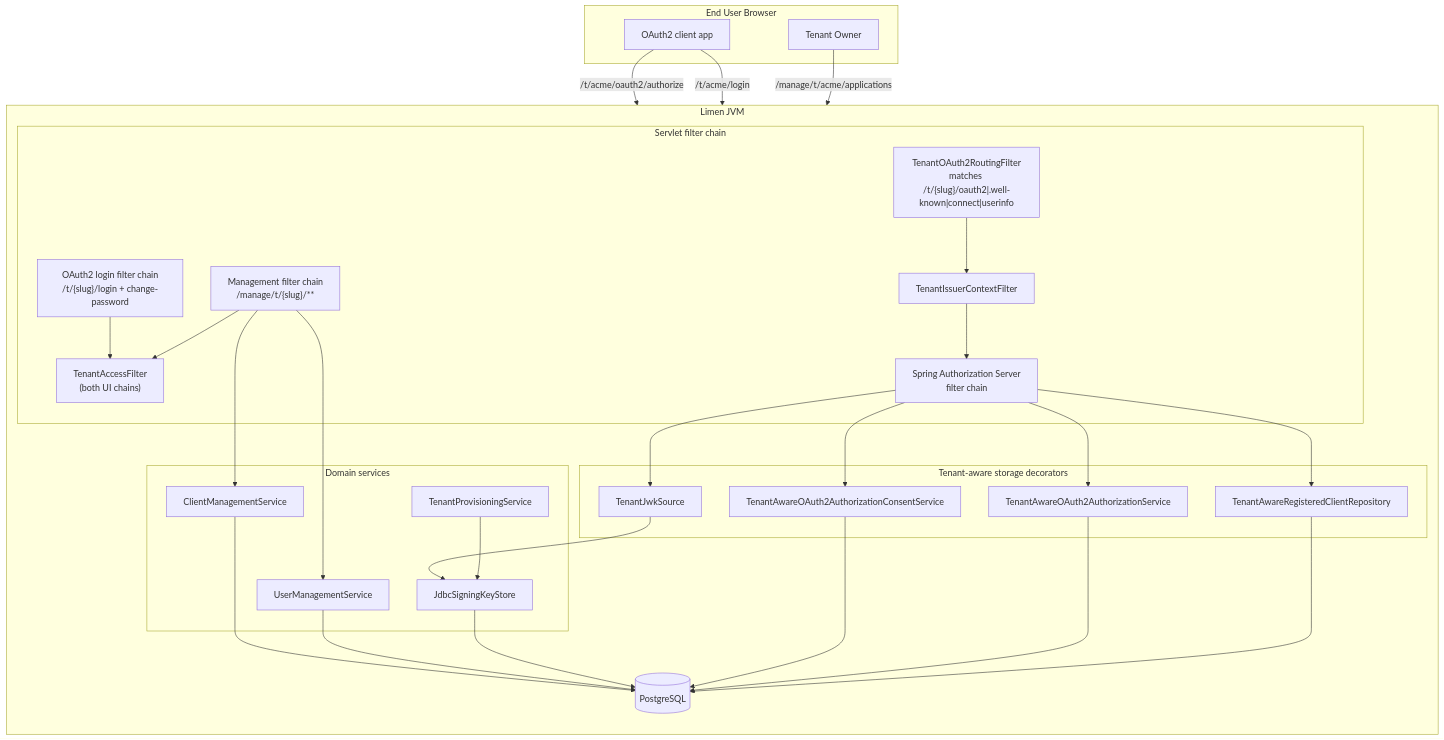
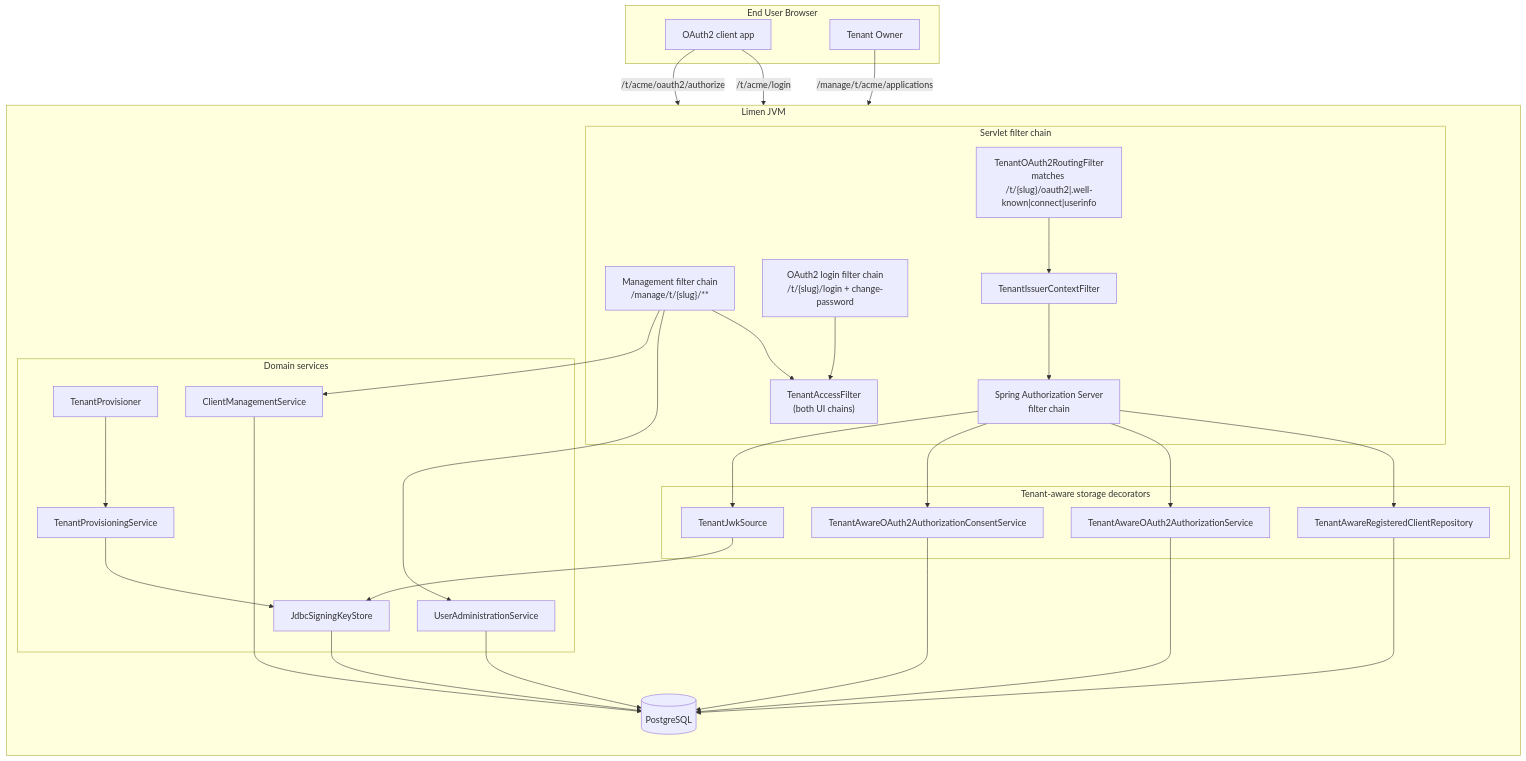
Before and after one commit to stucray/limen: the second of 8 diagrams in docs/reference/architecture.md, drawn with Mermaid. The commit also changed other lines of this file, not shown here.

First line of the commit message:
docs: refresh architecture for the four deepening refactors (#149)

````diff
--- a/docs/reference/architecture.md
+++ b/docs/reference/architecture.md
@@ -157,57 +157,59 @@
 ```mermaid
 flowchart TB
     subgraph "End User Browser"
       EU[OAuth2 client app]
       MGT[Tenant Owner]
     end
 
     subgraph "Limen JVM"
       direction TB
 
       subgraph "Servlet filter chain"
         ROUT["TenantOAuth2RoutingFilter<br/>matches /t/{slug}/oauth2|.well-known|connect|userinfo"]
         ISS[TenantIssuerContextFilter]
         SAS["Spring Authorization Server<br/>filter chain"]
         OAL["OAuth2 login filter chain<br/>/t/{slug}/login + change-password"]
         MGTC["Management filter chain<br/>/manage/t/{slug}/**"]
         TAF["TenantAccessFilter<br/>(both UI chains)"]
       end
 
       subgraph "Tenant-aware storage decorators"
         TRCR[TenantAwareRegisteredClientRepository]
         TAS[TenantAwareOAuth2AuthorizationService]
         TACS[TenantAwareOAuth2AuthorizationConsentService]
         TJWK[TenantJwkSource]
       end
 
       subgraph "Domain services"
+        TP[TenantProvisioner]
         TPS[TenantProvisioningService]
         SKS[JdbcSigningKeyStore]
-        UMS[UserManagementService]
+        UAS[UserAdministrationService]
         CMS[ClientManagementService]
       end
 
       DB[(PostgreSQL)]
     end
 
     EU -->|/t/acme/oauth2/authorize| ROUT
     EU -->|/t/acme/login| OAL
     MGT -->|/manage/t/acme/applications| MGTC
     MGTC --> TAF
     OAL --> TAF
     ROUT --> ISS --> SAS
     SAS --> TRCR
     SAS --> TAS
     SAS --> TACS
     SAS --> TJWK
-    MGTC --> UMS
+    MGTC --> UAS
     MGTC --> CMS
+    TP --> TPS
     TPS --> SKS
     TRCR --> DB
     TAS --> DB
     TACS --> DB
     TJWK --> SKS
     SKS --> DB
-    UMS --> DB
+    UAS --> DB
     CMS --> DB
 ```
````
